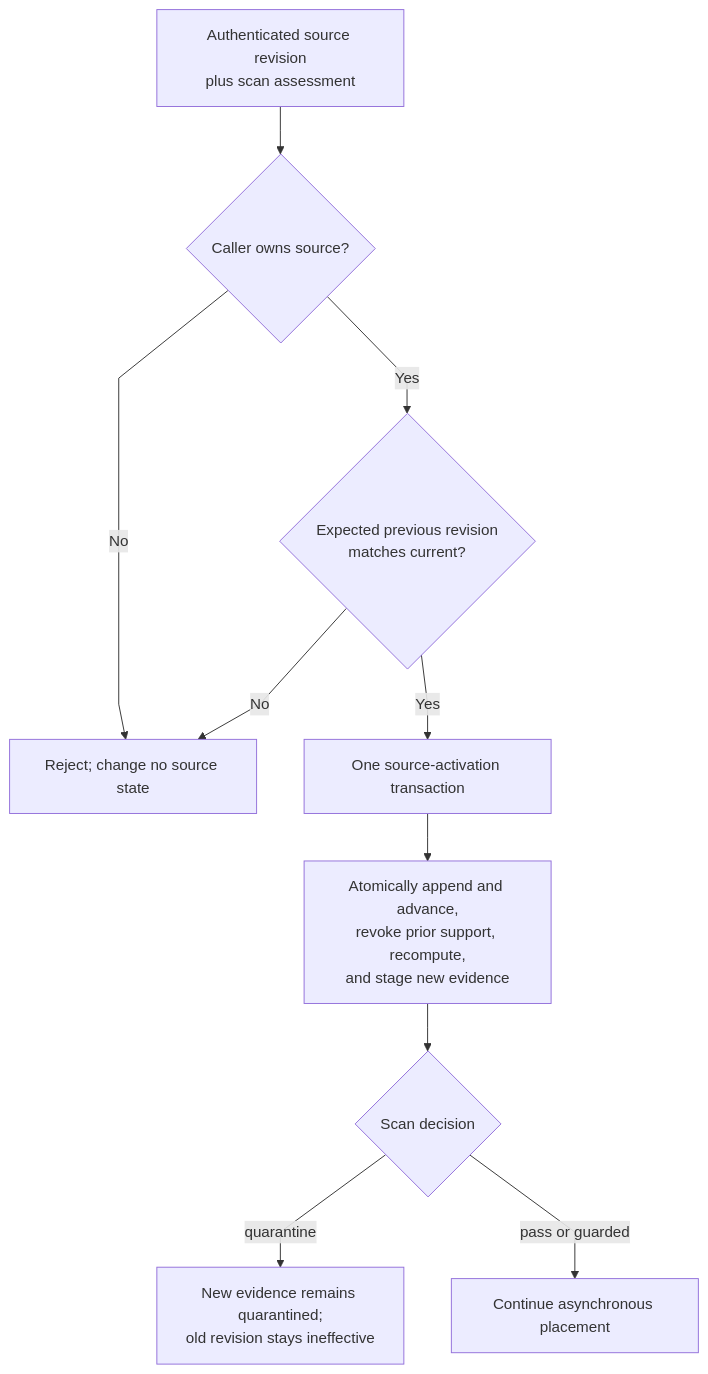
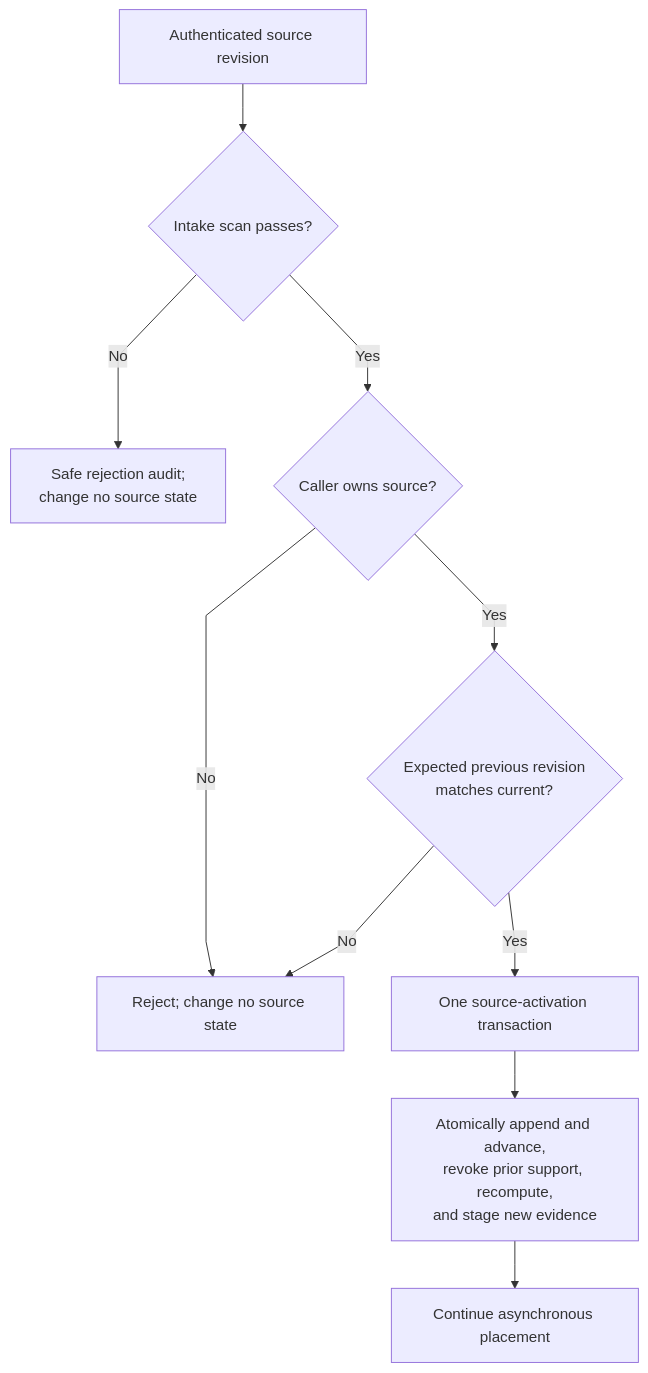
One commit to markhuangai/dense-mem changed the seventh of 10 diagrams in Relationship-Model-And-Lifecycle.md. Above: the diagram before and after it, drawn with Mermaid. The commit also changed other lines of this file and 10 other files, not shown here.

````diff
--- a/Relationship-Model-And-Lifecycle.md
+++ b/Relationship-Model-And-Lifecycle.md
@@ -689,13 +689,13 @@
 ```mermaid
 %%{init: {"flowchart": {"curve": "linear"}}}%%
 flowchart TD
-  Input["Authenticated source revision<br/>plus scan assessment"] --> Owner{"Caller owns source?"}
+  Input["Authenticated source revision"] --> Scan{"Intake scan passes?"}
+  Scan -- No --> Audit["Safe rejection audit;<br/>change no source state"]
+  Scan -- Yes --> Owner{"Caller owns source?"}
   Owner -- No --> Reject["Reject; change no source state"]
   Owner -- Yes --> Previous{"Expected previous revision<br/>matches current?"}
   Previous -- No --> Reject
   Previous -- Yes --> Tx["One source-activation transaction"]
   Tx --> Effects["Atomically append and advance,<br/>revoke prior support, recompute,<br/>and stage new evidence"]
-  Effects --> Decision{"Scan decision"}
-  Decision -- quarantine --> Gap["New evidence remains quarantined;<br/>old revision stays ineffective"]
-  Decision -- pass or guarded --> Place["Continue asynchronous placement"]
+  Effects --> Place["Continue asynchronous placement"]
 ```
````
